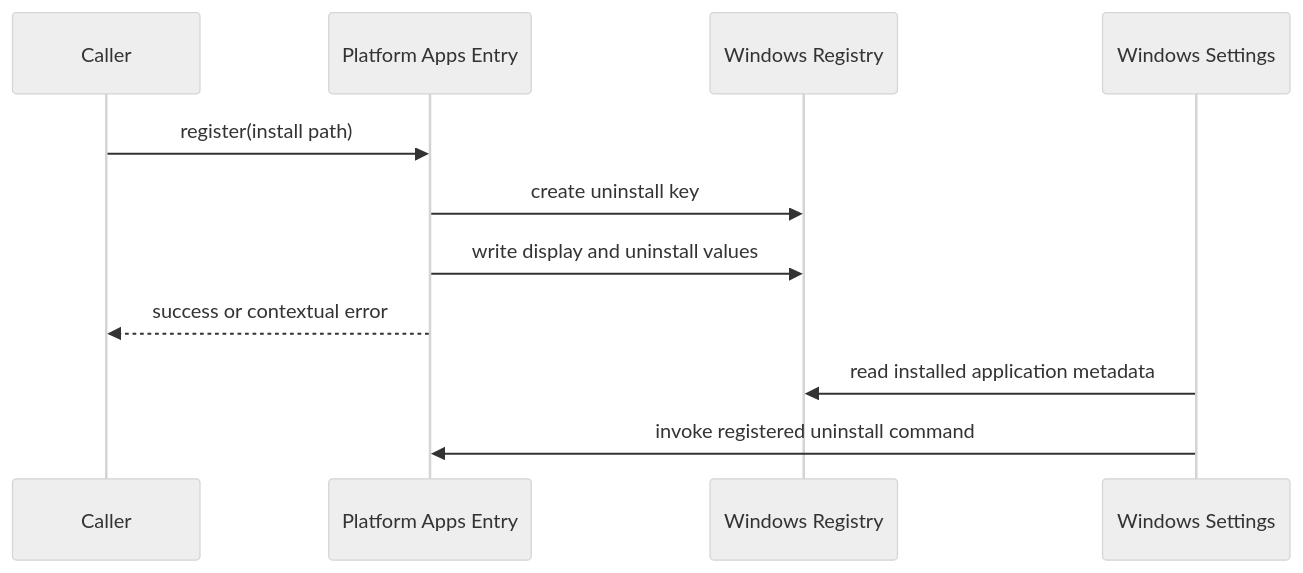
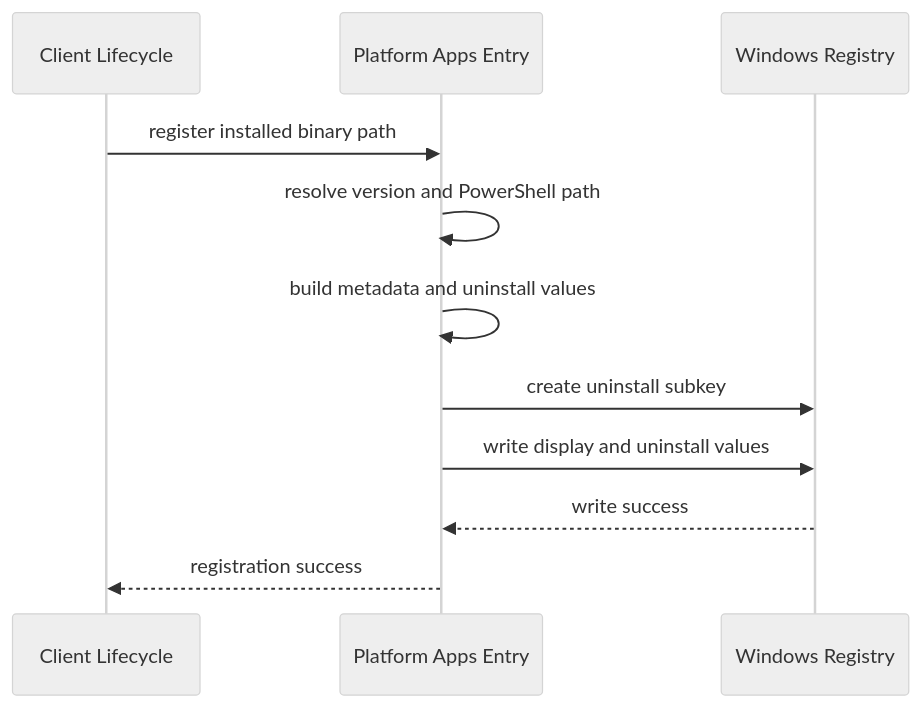
The third of 5 diagrams in docs/reference/architecture/openframe-client-core/platform-apps-entry/platform-apps-entry.md (flamingo-stack/openframe-oss-tenant), drawn with Mermaid (neutral theme) before and after one commit. The commit also changed other lines of this file and 2377 other files, not shown here.

````diff
--- a/docs/reference/architecture/openframe-client-core/platform-apps-entry/platform-apps-entry.md
+++ b/docs/reference/architecture/openframe-client-core/platform-apps-entry/platform-apps-entry.md
@@ -59,13 +91,13 @@
 ```mermaid
 sequenceDiagram
-    participant Caller
+    participant Lifecycle as Client Lifecycle
     participant Entry as Platform Apps Entry
     participant Registry as Windows Registry
-    participant Settings as Windows Settings
-    Caller->>Entry: register(install path)
-    Entry->>Registry: create uninstall key
+    Lifecycle->>Entry: register installed binary path
+    Entry->>Entry: resolve version and PowerShell path
+    Entry->>Entry: build metadata and uninstall values
+    Entry->>Registry: create uninstall subkey
     Entry->>Registry: write display and uninstall values
-    Entry-->>Caller: success or contextual error
-    Settings->>Registry: read installed application metadata
-    Settings->>Entry: invoke registered uninstall command
+    Registry-->>Entry: write success
+    Entry-->>Lifecycle: registration success
 ```
````
